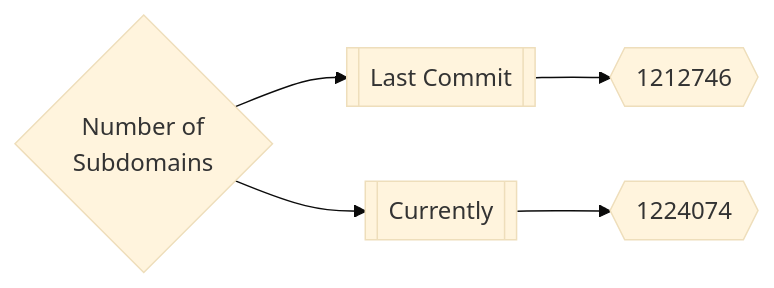
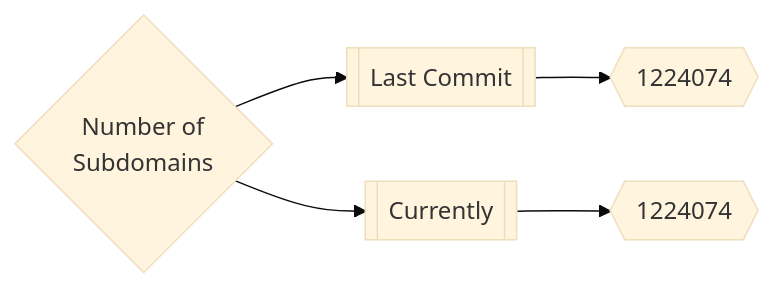
Before and after one commit to trickest/inventory: the first of 3 diagrams in README.md, drawn with Mermaid (base theme).

Commit message:
Update Mon Apr  4 01:07:53 UTC 2022

````diff
--- a/README.md
+++ b/README.md
@@ -165,5 +165,5 @@
 ```mermaid
 graph LR
-title{Number of<br>Subdomains} --> subdomainsDate1[[Last Commit]] --> subdomainsNum1{{1212746}}
+title{Number of<br>Subdomains} --> subdomainsDate1[[Last Commit]] --> subdomainsNum1{{1224074}}
 title --> subdomainsDate2[[Currently]] --> subdomainsNum2{{1224074}}
 ```
````
